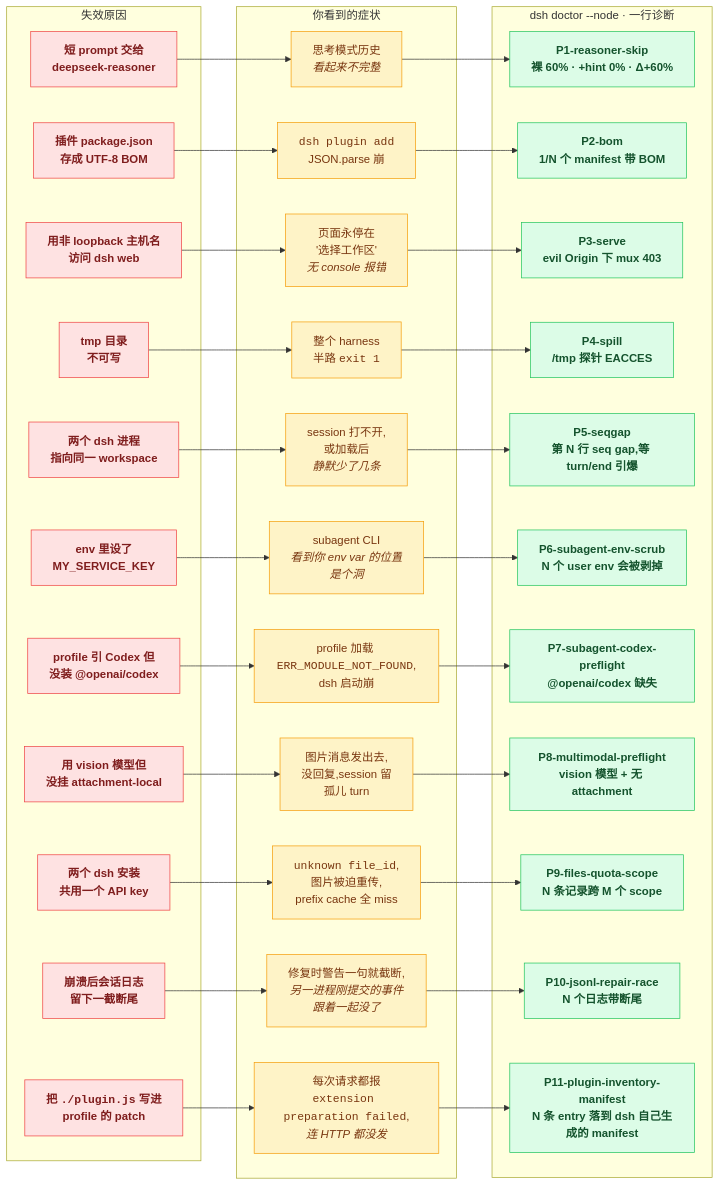
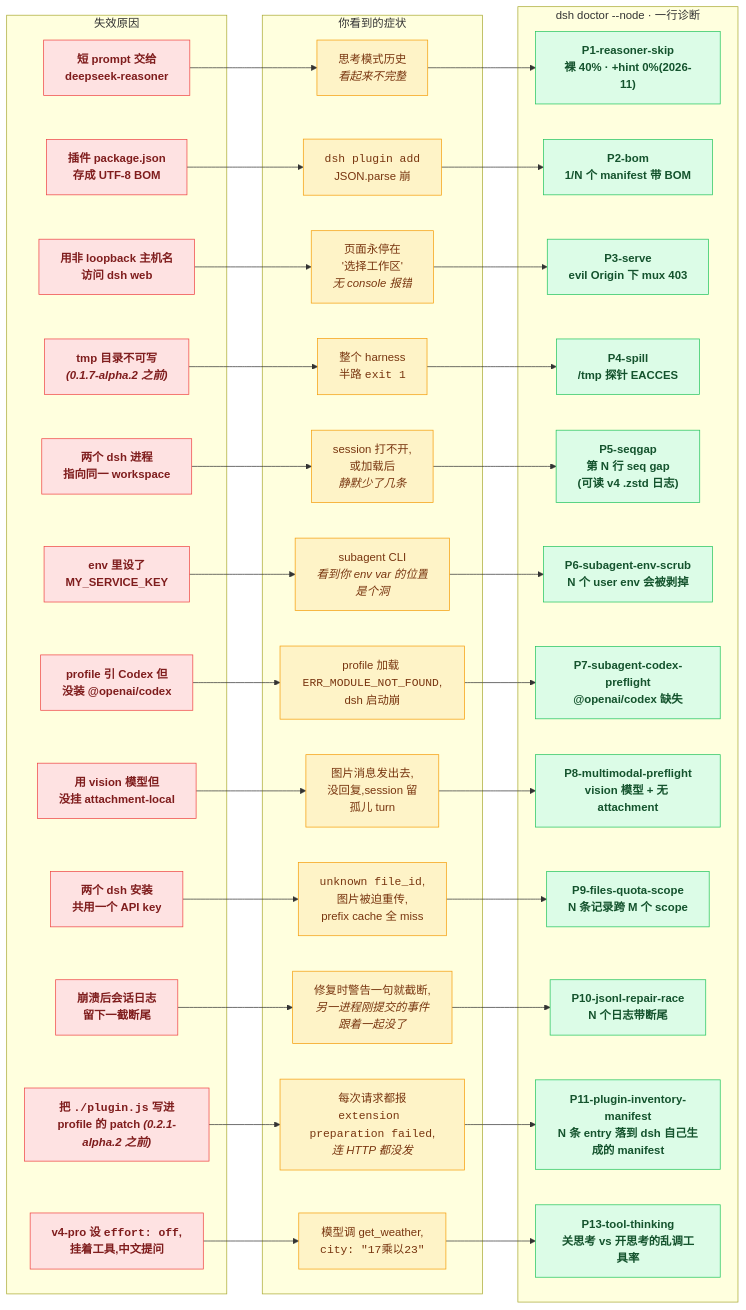
Before and after one commit to HenryZ838978/deepseek-harness: the first of 4 diagrams in README.zh-CN.md, drawn with Mermaid. The commit also changed other lines of this file and 6 other files, not shown here.

````diff
--- a/README.zh-CN.md
+++ b/README.zh-CN.md
@@ -47,14 +52,15 @@
     F1["短 prompt 交给<br/>deepseek-reasoner"]:::fail
     F2["插件 package.json<br/>存成 UTF-8 BOM"]:::fail
     F3["用非 loopback 主机名<br/>访问 dsh web"]:::fail
-    F4["tmp 目录<br/>不可写"]:::fail
+    F4["tmp 目录不可写<br/><i>(0.1.7-alpha.2 之前)</i>"]:::fail
     F5["两个 dsh 进程<br/>指向同一 workspace"]:::fail
     F6["env 里设了<br/>MY_SERVICE_KEY"]:::fail
     F7["profile 引 Codex 但<br/>没装 @openai/codex"]:::fail
     F8["用 vision 模型但<br/>没挂 attachment-local"]:::fail
     F9["两个 dsh 安装<br/>共用一个 API key"]:::fail
     F10["崩溃后会话日志<br/>留下一截断尾"]:::fail
-    F11["把 <code>./plugin.js</code> 写进<br/>profile 的 patch"]:::fail
+    F11["把 <code>./plugin.js</code> 写进<br/>profile 的 patch <i>(0.2.1-alpha.2 之前)</i>"]:::fail
+    F13["v4-pro 设 <code>effort: off</code>,<br/>挂着工具,中文提问"]:::fail
 
     S1["思考模式历史<br/><i>看起来不完整</i>"]:::sym
     S2["<code>dsh plugin add</code><br/>JSON.parse 崩"]:::sym
@@ -67,18 +73,20 @@
     S9["<code>unknown file_id</code>,<br/>图片被迫重传,<br/>prefix cache 全 miss"]:::sym
     S10["修复时警告一句就截断,<br/><i>另一进程刚提交的事件<br/>跟着一起没了</i>"]:::sym
     S11["每次请求都报<br/><code>extension preparation failed</code>,<br/><i>连 HTTP 都没发</i>"]:::sym
+    S13["模型调 get_weather,<br/><code>city: #quot;17乘以23#quot;</code>"]:::sym
 
-    D1["<b>P1-reasoner-skip</b><br/>裸 60% · +hint 0% · Δ+60%"]:::fix
+    D1["<b>P1-reasoner-skip</b><br/>裸 40% · +hint 0%(2026-11)"]:::fix
     D2["<b>P2-bom</b><br/>1/N 个 manifest 带 BOM"]:::fix
     D3["<b>P3-serve</b><br/>evil Origin 下 mux 403"]:::fix
     D4["<b>P4-spill</b><br/>/tmp 探针 EACCES"]:::fix
-    D5["<b>P5-seqgap</b><br/>第 N 行 seq gap,等 turn/end 引爆"]:::fix
+    D5["<b>P5-seqgap</b><br/>第 N 行 seq gap<br/>(可读 v4 .zstd 日志)"]:::fix
     D6["<b>P6-subagent-env-scrub</b><br/>N 个 user env 会被剥掉"]:::fix
     D7["<b>P7-subagent-codex-preflight</b><br/>@openai/codex 缺失"]:::fix
     D8["<b>P8-multimodal-preflight</b><br/>vision 模型 + 无 attachment"]:::fix
     D9["<b>P9-files-quota-scope</b><br/>N 条记录跨 M 个 scope"]:::fix
     D10["<b>P10-jsonl-repair-race</b><br/>N 个日志带断尾"]:::fix
     D11["<b>P11-plugin-inventory-manifest</b><br/>N 条 entry 落到 dsh 自己生成的 manifest"]:::fix
+    D13["<b>P13-tool-thinking</b><br/>关思考 vs 开思考的乱调工具率"]:::fix
 
     F1 --> S1 --> D1
     F2 --> S2 --> D2
@@ -91,6 +99,7 @@
     F9 --> S9 --> D9
     F10 --> S10 --> D10
     F11 --> S11 --> D11
+    F13 --> S13 --> D13
 
     subgraph L1["失效原因"]
       F1
@@ -104,6 +113,7 @@
       F9
       F10
       F11
+      F13
     end
     subgraph L2["你看到的症状"]
       S1
@@ -117,6 +127,7 @@
       S9
       S10
       S11
+      S13
     end
     subgraph L3["dsh doctor --node · 一行诊断"]
       D1
@@ -130,5 +141,6 @@
       D9
       D10
       D11
+      D13
     end
 ```
````
